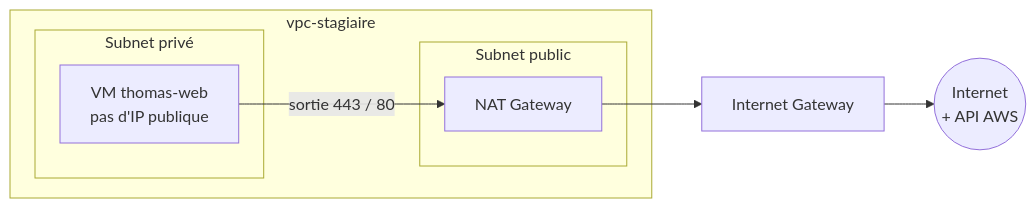
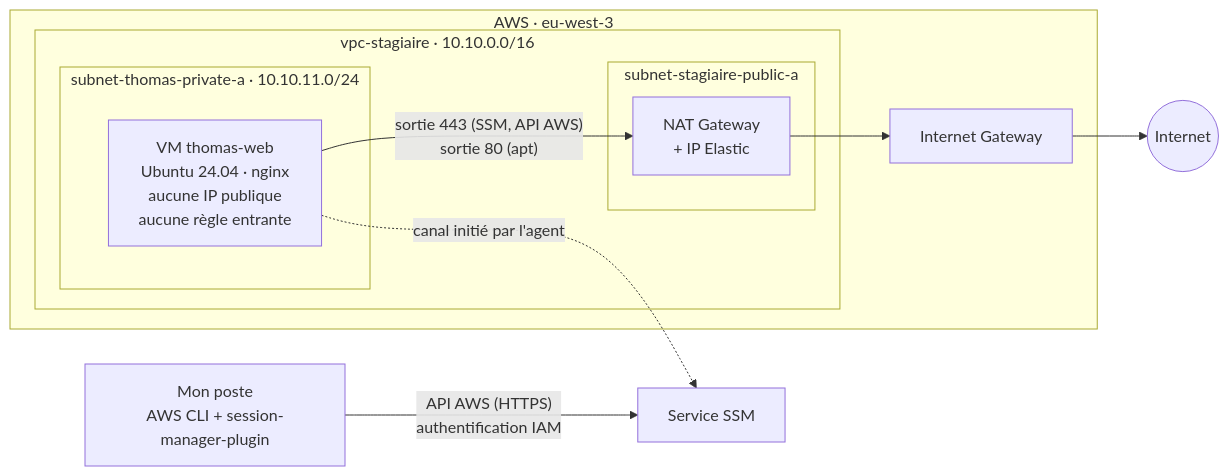
The third of 3 diagrams in docs/01-terraform-ansible-private-vm.md (thomaspeyr31/aws-private-vm-access), drawn with Mermaid before and after one commit. The commit also changed other lines of this file and 2 other files, not shown here.

First line of the commit message:
docs: document step 4 (private subnet, NAT, SSM), IAM incidents and acceptance tests

````diff
--- a/docs/01-terraform-ansible-private-vm.md
+++ b/docs/01-terraform-ansible-private-vm.md
@@ -230,12 +248,17 @@
 ```mermaid
 flowchart LR
-    subgraph VPC["vpc-stagiaire"]
-        subgraph PUB["Subnet public"]
-            NAT["NAT Gateway"]
-        end
-        subgraph PRIV["Subnet privé"]
-            VM["VM thomas-web<br/>pas d'IP publique"]
+    P["Mon poste<br/>AWS CLI + session-manager-plugin"] -- "API AWS (HTTPS)<br/>authentification IAM" --> SSM["Service SSM"]
+    subgraph AWS["AWS · eu-west-3"]
+        IGW["Internet Gateway"]
+        subgraph VPC["vpc-stagiaire · 10.10.0.0/16"]
+            subgraph PUB["subnet-stagiaire-public-a"]
+                NAT["NAT Gateway<br/>+ IP Elastic"]
+            end
+            subgraph PRIV["subnet-thomas-private-a · 10.10.11.0/24"]
+                VM["VM thomas-web<br/>Ubuntu 24.04 · nginx<br/>aucune IP publique<br/>aucune règle entrante"]
+            end
         end
     end
-    VM -- "sortie 443 / 80" --> NAT --> IGW["Internet Gateway"] --> NET(("Internet<br/>+ API AWS"))
+    VM -- "sortie 443 (SSM, API AWS)<br/>sortie 80 (apt)" --> NAT --> IGW --> NET(("Internet"))
+    VM -.->|"canal initié par l'agent"| SSM
 ```
````
